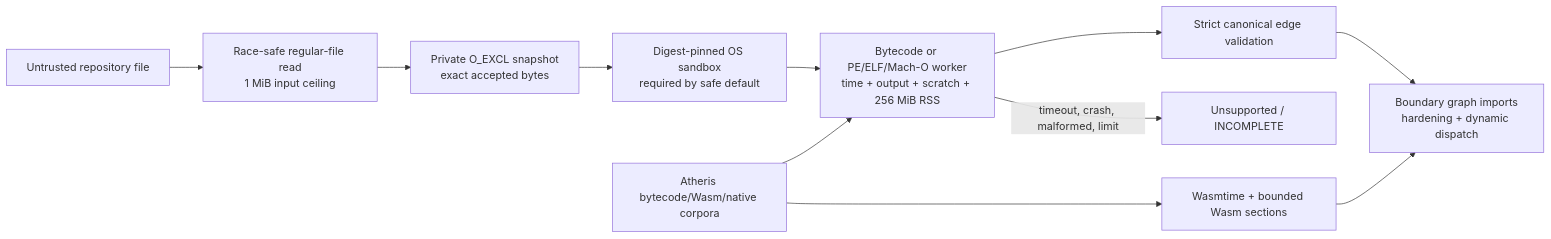
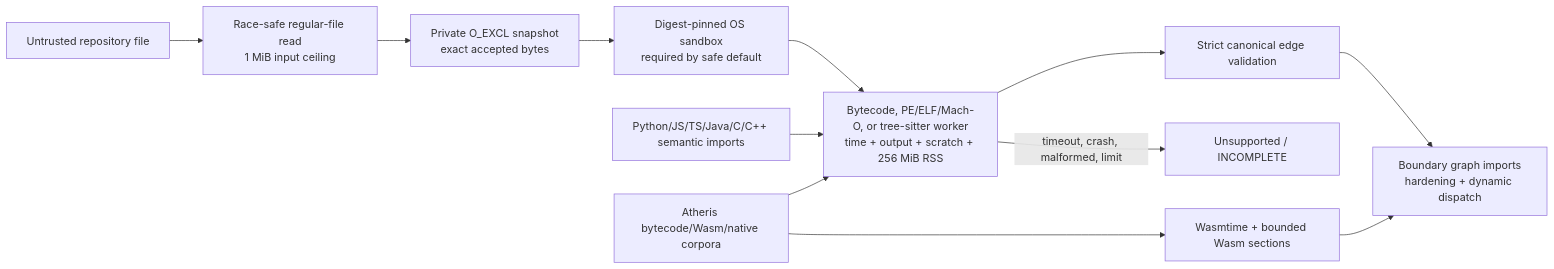
Diagram 20 of 21 in docs/design.md (willtran87/project-py-security-suite), drawn with Mermaid before and after one commit. The commit also changed other lines of this file and 79 other files, not shown here.

````diff
--- a/docs/design.md
+++ b/docs/design.md
@@ -1189,13 +1204,14 @@
 ```mermaid
 flowchart LR
     Target["Untrusted repository file"] --> SafeRead["Race-safe regular-file read<br/>1 MiB input ceiling"]
     SafeRead --> Snapshot["Private O_EXCL snapshot<br/>exact accepted bytes"]
     Snapshot --> Sandbox["Digest-pinned OS sandbox<br/>required by safe default"]
-    Sandbox --> Worker["Bytecode or PE/ELF/Mach-O worker<br/>time + output + scratch + 256 MiB RSS"]
+    Sandbox --> Worker["Bytecode, PE/ELF/Mach-O, or tree-sitter worker<br/>time + output + scratch + 256 MiB RSS"]
     Worker --> Validate["Strict canonical edge validation"]
     Validate --> Graph["Boundary graph imports<br/>hardening + dynamic dispatch"]
+    Polyglot["Python/JS/TS/Java/C/C++ semantic imports"] --> Worker
     Fuzz["Atheris bytecode/Wasm/native corpora"] --> Worker
     Fuzz --> Wasm["Wasmtime + bounded Wasm sections"]
     Wasm --> Graph
     Worker -->|timeout, crash, malformed, limit| Incomplete["Unsupported / INCOMPLETE"]
 ```
````
